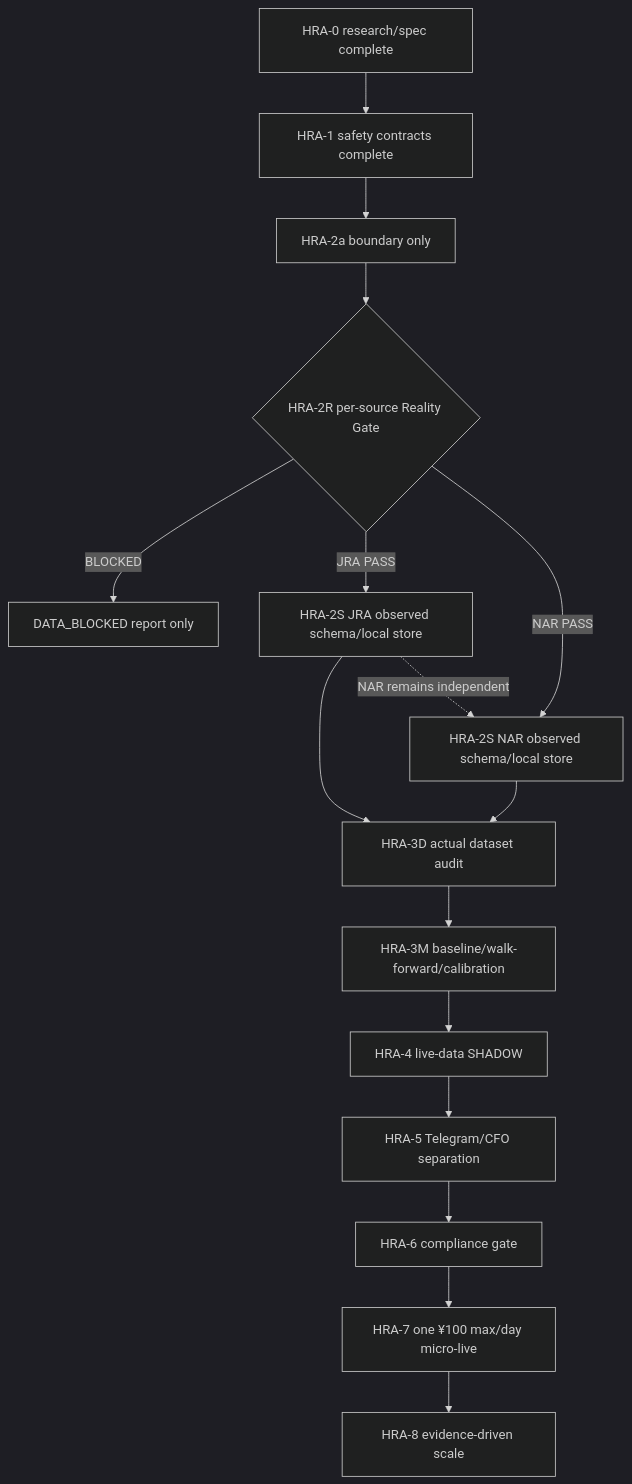
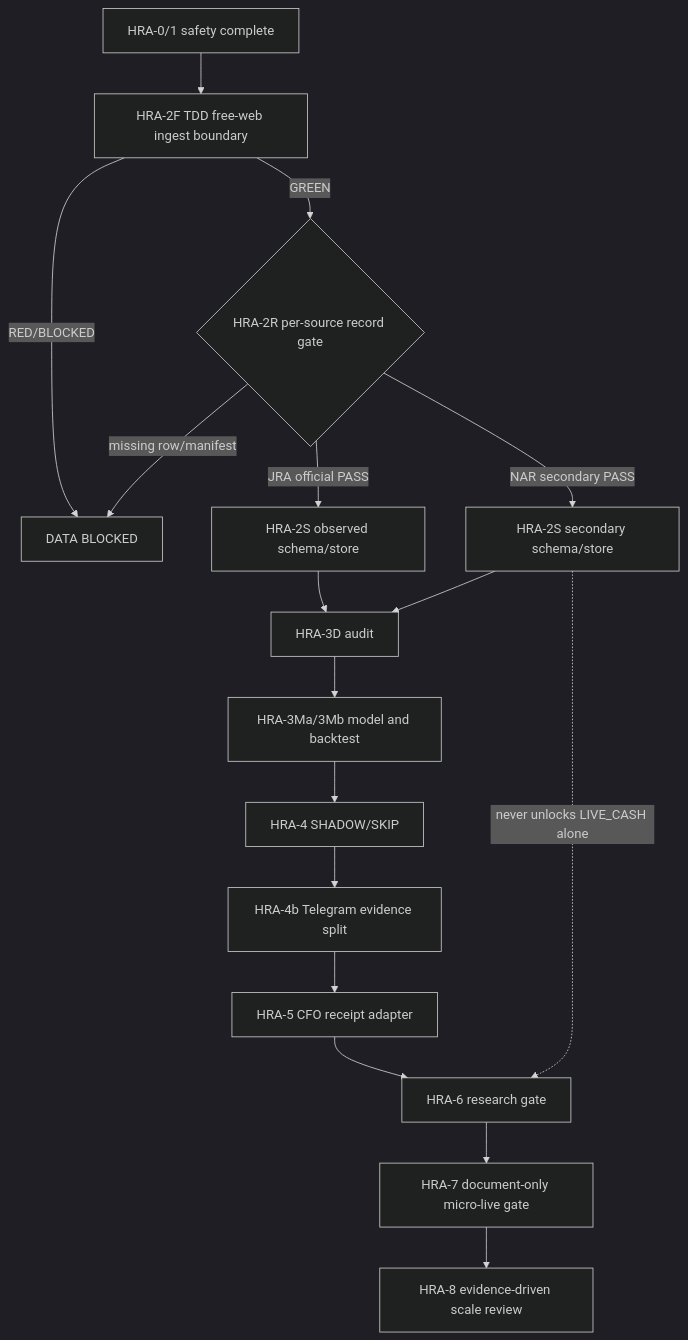
Before and after one commit to Daisuke134/anicca: the diagram in docs/superpowers/plans/2026-08-09-life-manager-horse-racing-agent.md, drawn with Mermaid (dark theme). The commit also changed other lines of this file, not shown here.

Commit message:
docs(horse-racing): update free web execution plan

````diff
--- a/docs/superpowers/plans/2026-08-09-life-manager-horse-racing-agent.md
+++ b/docs/superpowers/plans/2026-08-09-life-manager-horse-racing-agent.md
@@ -39,18 +40,19 @@
-```mermaid
+~~~mermaid
 flowchart TD
-  A[HRA-0 research/spec complete] --> B[HRA-1 safety contracts complete]
-  B --> C[HRA-2a boundary only]
-  C --> R{HRA-2R per-source Reality Gate}
-  R -- BLOCKED --> X[DATA_BLOCKED report only]
-  R -- JRA PASS --> J[HRA-2S JRA observed schema/local store]
-  R -- NAR PASS --> N[HRA-2S NAR observed schema/local store]
-  J --> D[HRA-3D actual dataset audit]
+  A[HRA-0/1 safety complete] --> B[HRA-2F TDD free-web ingest boundary]
+  B -- RED/BLOCKED --> X[DATA BLOCKED]
+  B -- GREEN --> G{HRA-2R per-source record gate}
+  G -- JRA official PASS --> J[HRA-2S observed schema/store]
+  G -- NAR secondary PASS --> N[HRA-2S secondary schema/store]
+  G -- missing row/manifest --> X
+  J --> D[HRA-3D audit]
   N --> D
-  D --> M[HRA-3M baseline/walk-forward/calibration]
-  M --> S[HRA-4 live-data SHADOW]
-  S --> T[HRA-5 Telegram/CFO separation]
-  T --> P[HRA-6 compliance gate]
-  P --> Q[HRA-7 one ¥100 max/day micro-live]
-  Q --> Z[HRA-8 evidence-driven scale]
-  J -. NAR remains independent .-> N
-```
+  D --> M[HRA-3Ma/3Mb model and backtest]
+  M --> S[HRA-4 SHADOW/SKIP]
+  S --> T[HRA-4b Telegram evidence split]
+  T --> C[HRA-5 CFO receipt adapter]
+  C --> R[HRA-6 research gate]
+  R --> Q[HRA-7 document-only micro-live gate]
+  Q --> Z[HRA-8 evidence-driven scale review]
+  N -. never unlocks LIVE_CASH alone .-> R
+~~~
````
